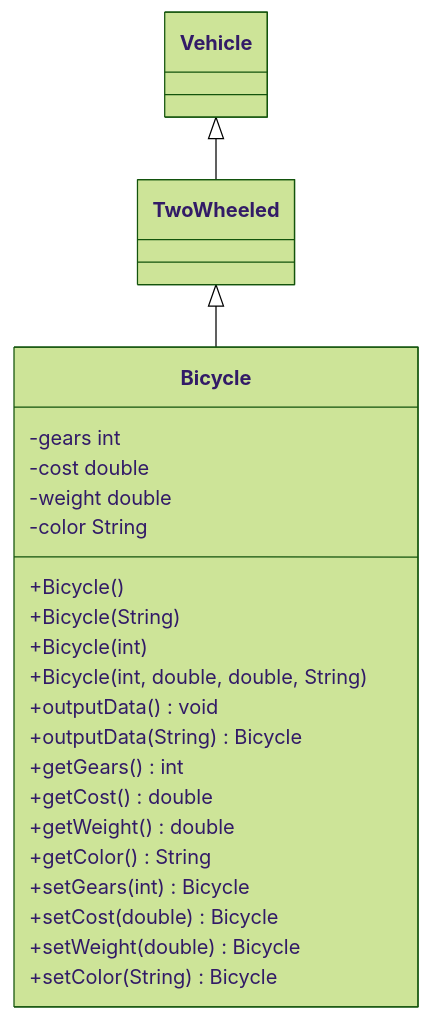
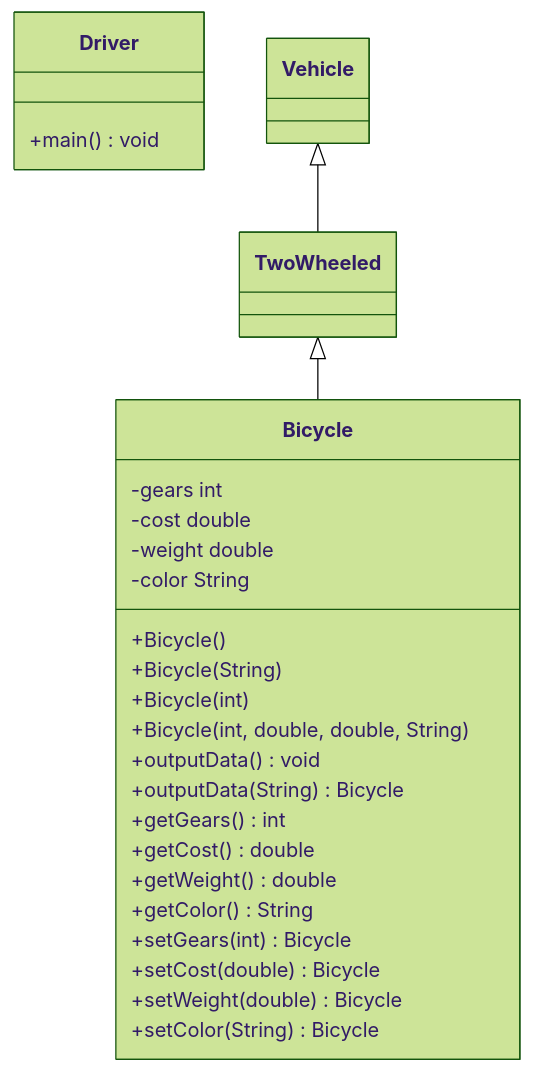
Before and after one commit to sldowd/CS-230: the diagram in mod-1/class-diagram.md, drawn with Mermaid (forest theme). The commit also changed 12 other files, not shown here.

Commit message:
Updated class diagram to include driver.java

````diff
--- a/mod-1/class-diagram.md
+++ b/mod-1/class-diagram.md
@@ -3,25 +3,28 @@
 ```mermaid
 classDiagram
+class Driver {
+   +main() void
+}
 Vehicle <|-- TwoWheeled
 TwoWheeled <|-- Bicycle
 class Bicycle {
     -gears  int
     -cost  double
     -weight  double
     -color  String
     +Bicycle()
     +Bicycle(String)
     +Bicycle(int)
     +Bicycle(int, double, double, String)
     +outputData() void
     +outputData(String) Bicycle
     +getGears() int
     +getCost() double
     +getWeight() double
     +getColor() String
     +setGears(int) Bicycle
     +setCost(double) Bicycle
     +setWeight(double) Bicycle
     +setColor(String) Bicycle
 }
 ```
````
